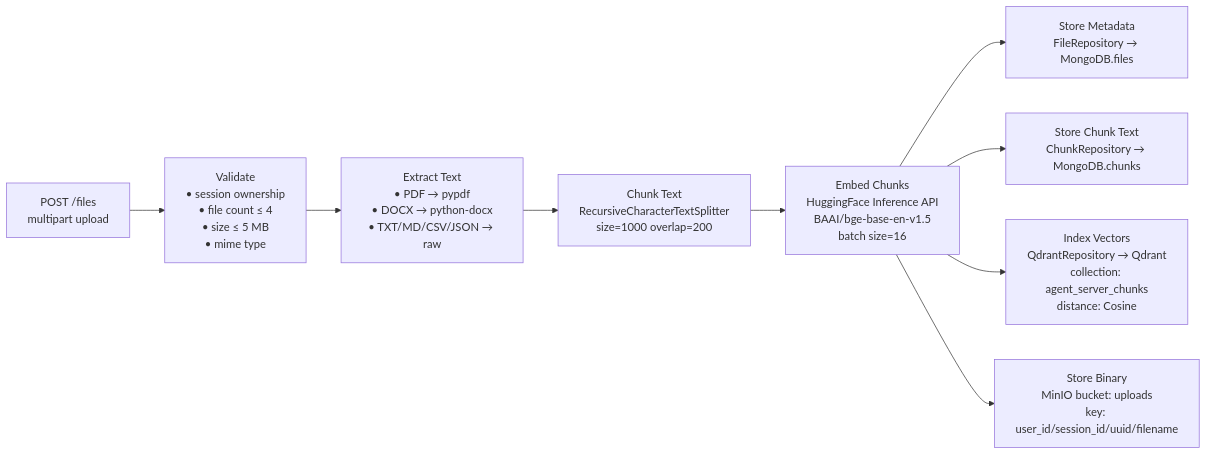
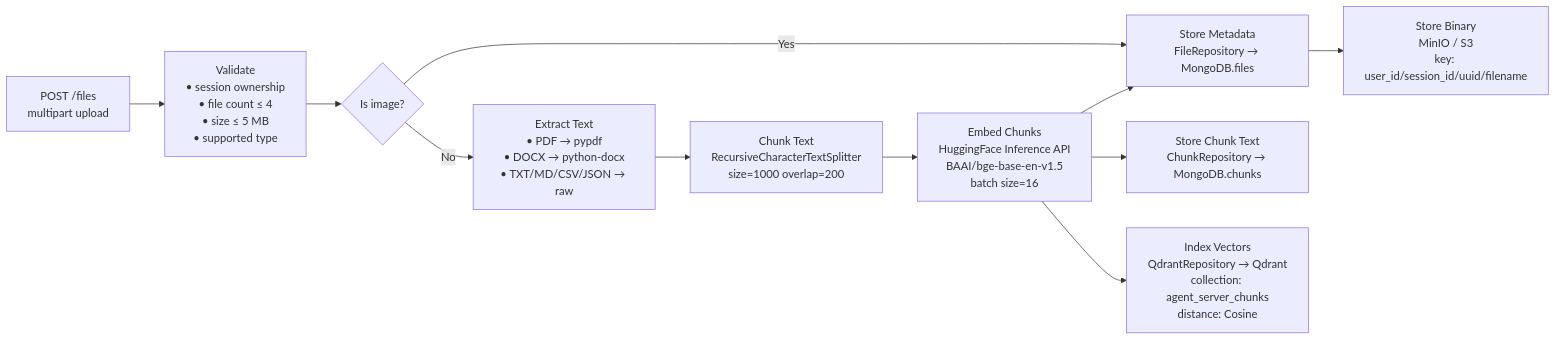
Before and after one commit to giasinguyen/chatly-messaging-platform: the sixth of 12 diagrams in chatly-agent/ARCHITECTURE.md, drawn with Mermaid. The commit also changed other lines of this file and 2 other files, not shown here.

Commit message:
feat: update documentation to reflect image generation capabilities and API key changes

````diff
--- a/chatly-agent/ARCHITECTURE.md
+++ b/chatly-agent/ARCHITECTURE.md
@@ -219,18 +221,20 @@
 ```mermaid
 flowchart LR
     Upload["POST /files\nmultipart upload"]
-    Validate["Validate\n• session ownership\n• file count ≤ 4\n• size ≤ 5 MB\n• mime type"]
+    Validate["Validate\n• session ownership\n• file count ≤ 4\n• size ≤ 5 MB\n• supported type"]
+    Branch{Is image?}
     Extract["Extract Text\n• PDF → pypdf\n• DOCX → python-docx\n• TXT/MD/CSV/JSON → raw"]
     Split["Chunk Text\nRecursiveCharacterTextSplitter\nsize=1000 overlap=200"]
     Embed["Embed Chunks\nHuggingFace Inference API\nBAAI/bge-base-en-v1.5\nbatch size=16"]
     StoreMeta["Store Metadata\nFileRepository → MongoDB.files"]
     StoreChunks["Store Chunk Text\nChunkRepository → MongoDB.chunks"]
     StoreVectors["Index Vectors\nQdrantRepository → Qdrant\ncollection: agent_server_chunks\ndistance: Cosine"]
-    StoreBinary["Store Binary\nMinIO bucket: uploads\nkey: user_id/session_id/uuid/filename"]
+    StoreBinary["Store Binary\nMinIO / S3\nkey: user_id/session_id/uuid/filename"]
 
-    Upload --> Validate --> Extract --> Split --> Embed
-    Embed --> StoreMeta
+    Upload --> Validate --> Branch
+    Branch -->|No| Extract --> Split --> Embed --> StoreMeta
+    Branch -->|Yes| StoreMeta
     Embed --> StoreChunks
     Embed --> StoreVectors
-    Embed --> StoreBinary
+    StoreMeta --> StoreBinary
 ```
````
